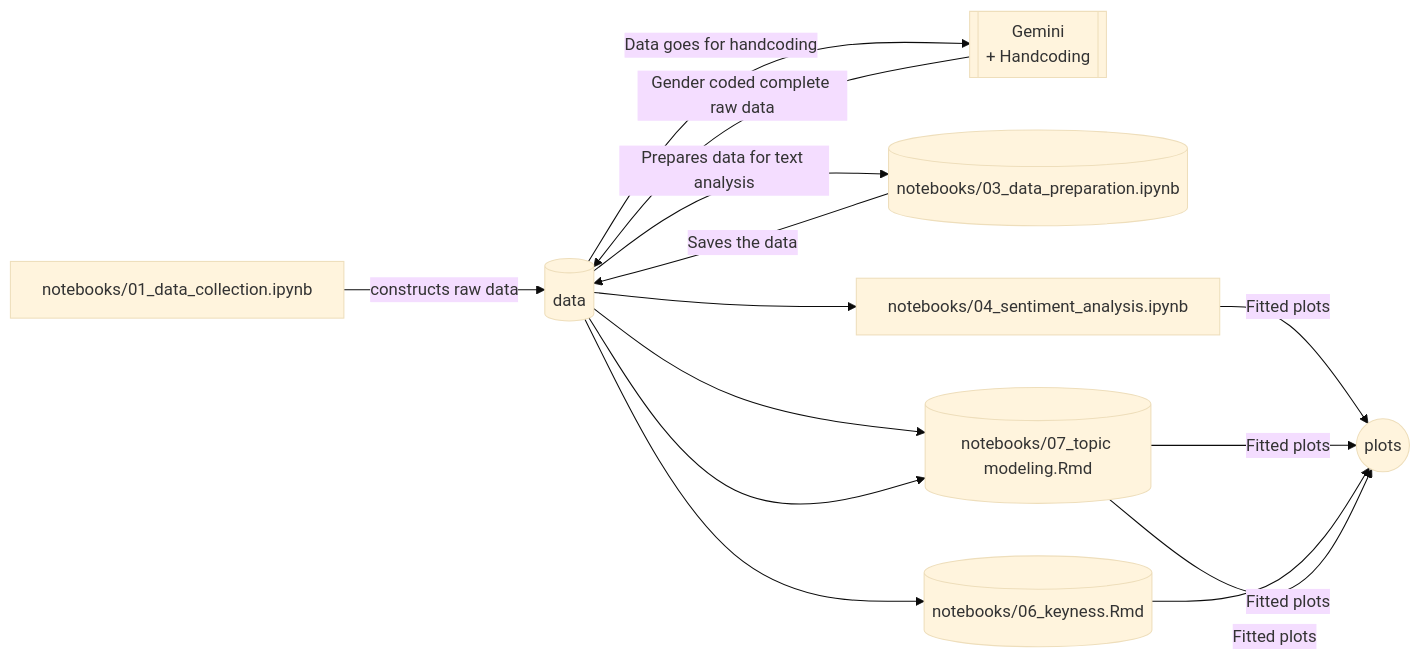
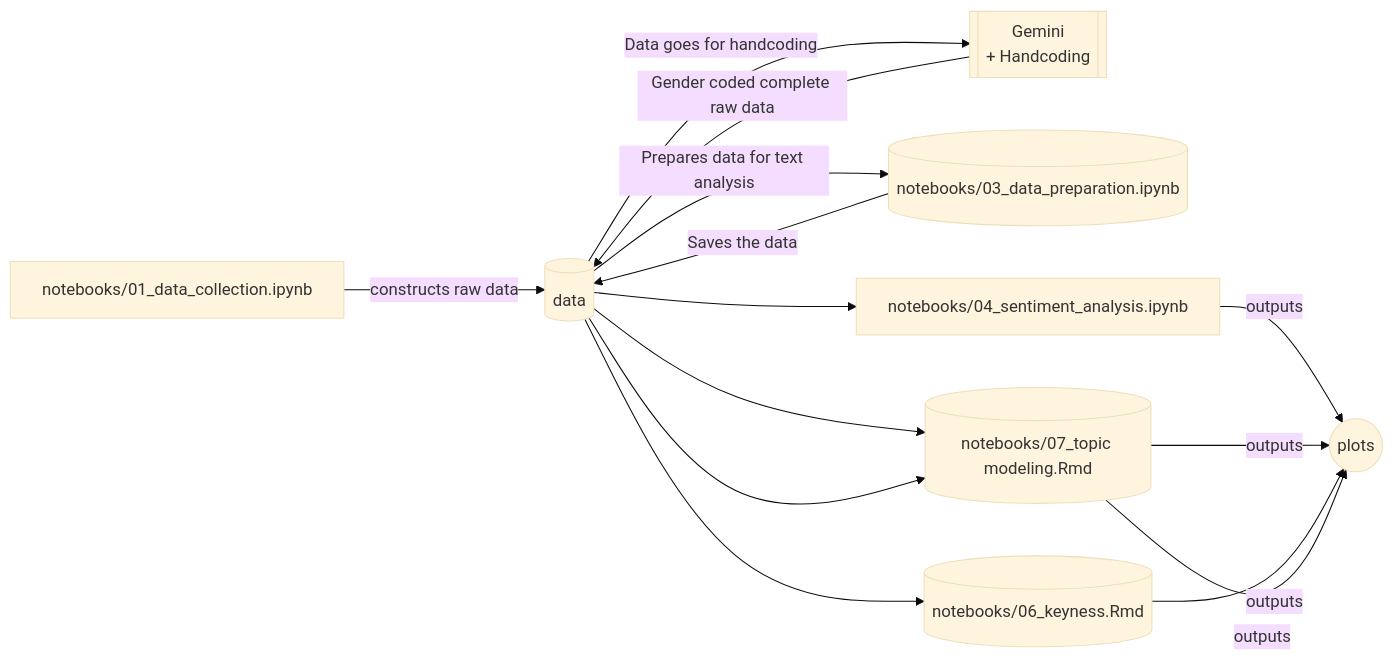
One commit to TAD600/Audience_Discourse_Gender_Stereotype changed the diagram in README.md. Above: the diagram before and after it, drawn with Mermaid (base theme).

Commit message:
Clarify output descriptions in README
Updated the README to clarify output descriptions for plots.

````diff
--- a/README.md
+++ b/README.md
@@ -9,17 +9,17 @@
 ```mermaid
 flowchart LR
     A[notebooks/01_data_collection.ipynb] -->|constructs raw data| B[(data)]
     B -->|Data goes for handcoding| C[[Gemini\n + Handcoding]]
     C -->|Gender coded complete raw data|B
     B -->|Prepares data for text analysis| D[(notebooks/03_data_preparation.ipynb)]
     D -->|Saves the data|B
     B --> E[notebooks/04_sentiment_analysis.ipynb]
-    E -->|Fitted plots| F((plots))
+    E -->|outputs| F((plots))
     B --> G[notebooks/05_exploratory analysis.Rmd]
-    G -->|Fitted plots| F((plots))
+    G -->|outputs| F((plots))
     B --> H[(notebooks/06_keyness.Rmd)]
-    H --> |Fitted plots| F((plots))
+    H --> |outputs| F((plots))
     B --> G[(notebooks/07_topic modeling.Rmd)]
-    G --> |Fitted plots| F((plots))
+    G --> |outputs| F((plots))
 
 ```
````
